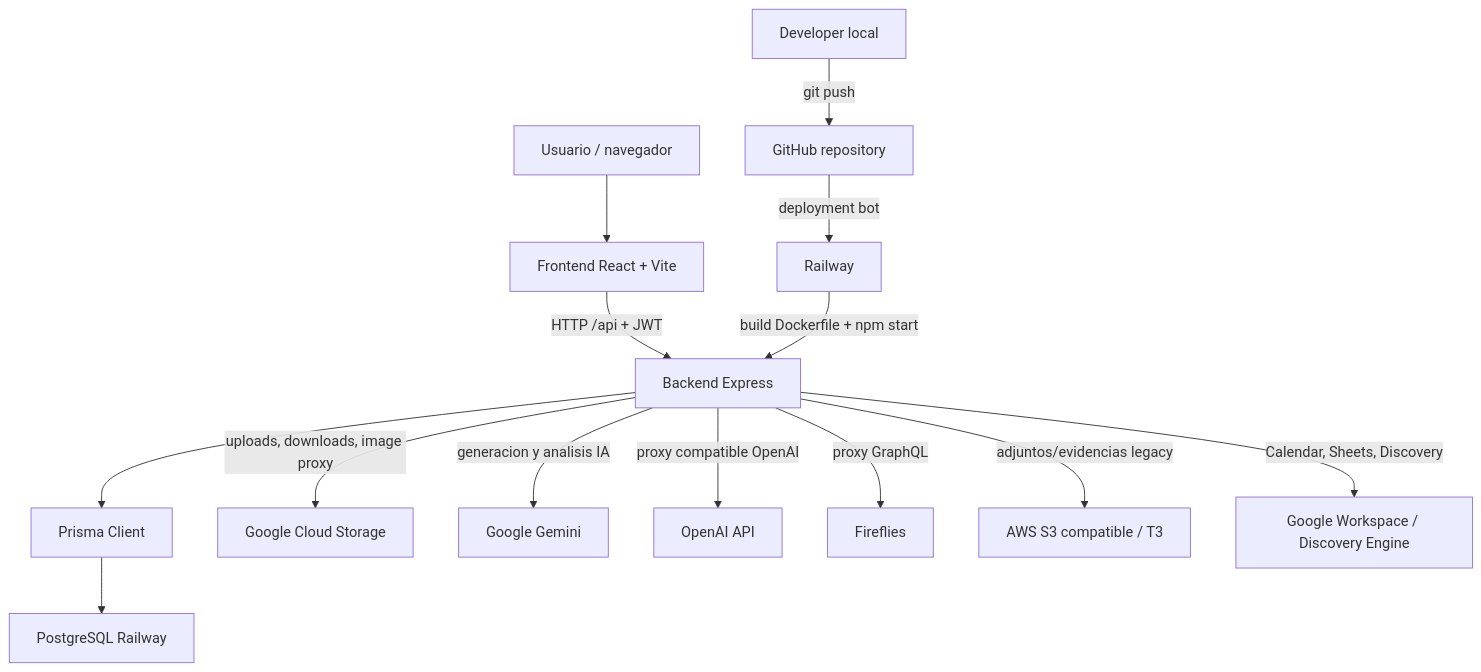
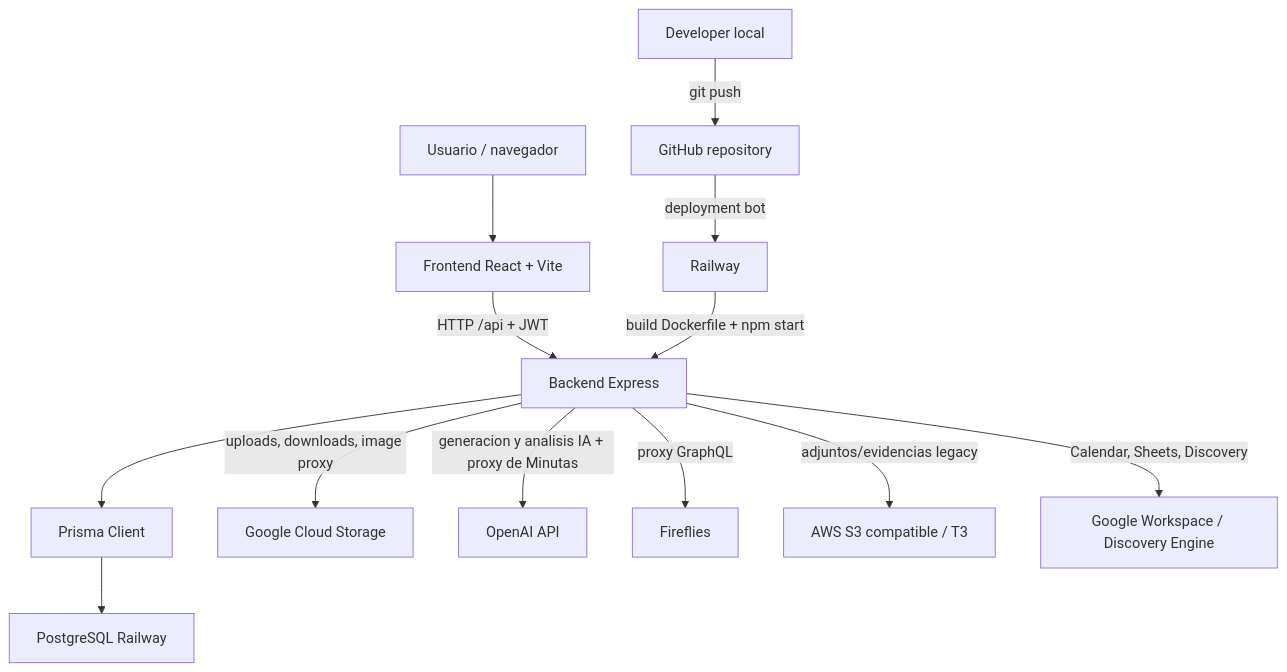
Before and after one commit to rchirinosabreu-cloud/intelligence: the diagram in ARCHITECTURE.md, drawn with Mermaid. The commit also changed other lines of this file and 50 other files, not shown here.

````diff
--- a/ARCHITECTURE.md
+++ b/ARCHITECTURE.md
@@ -20,18 +20,17 @@
 ```mermaid
 flowchart TD
     User["Usuario / navegador"] --> Frontend["Frontend React + Vite"]
     Frontend -->|HTTP /api + JWT| Backend["Backend Express"]
     Backend --> Prisma["Prisma Client"]
     Prisma --> Postgres["PostgreSQL Railway"]
 
     Backend -->|uploads, downloads, image proxy| GCS["Google Cloud Storage"]
-    Backend -->|generacion y analisis IA| Gemini["Google Gemini"]
-    Backend -->|proxy compatible OpenAI| OpenAI["OpenAI API"]
+    Backend -->|generacion y analisis IA + proxy de Minutas| OpenAI["OpenAI API"]
     Backend -->|proxy GraphQL| Fireflies["Fireflies"]
     Backend -->|adjuntos/evidencias legacy| S3["AWS S3 compatible / T3"]
     Backend -->|Calendar, Sheets, Discovery| GoogleWorkspace["Google Workspace / Discovery Engine"]
 
     Dev["Developer local"] -->|git push| GitHub["GitHub repository"]
     GitHub -->|deployment bot| Railway["Railway"]
     Railway -->|build Dockerfile + npm start| Backend
 ```
````
